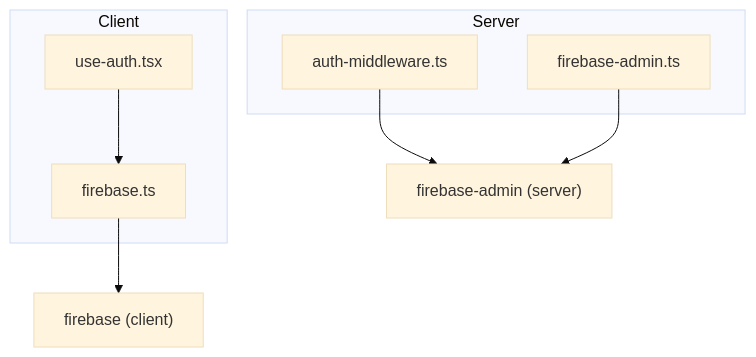
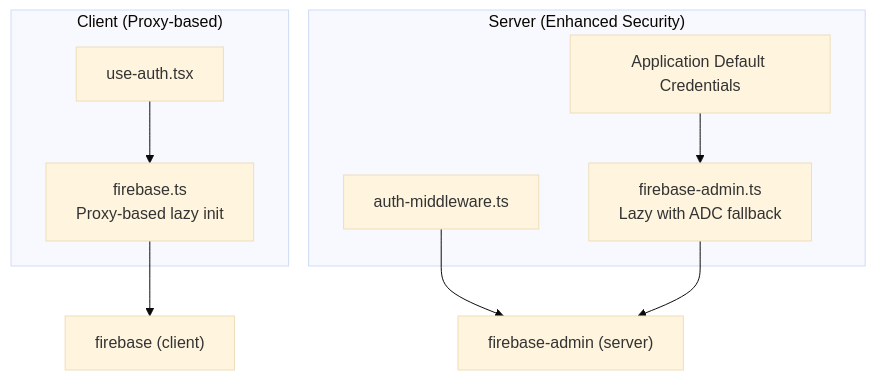
One commit to alikizang/datafrica changed the ninth of 10 diagrams in .qoder/repowiki/en/content/Authentication System/Firebase Integration.md. Above: the diagram before and after it, drawn with Mermaid (base theme). The commit also changed other lines of this file and 23 other files, not shown here.

````diff
--- a/.qoder/repowiki/en/content/Authentication System/Firebase Integration.md
+++ b/.qoder/repowiki/en/content/Authentication System/Firebase Integration.md
@@ -261,17 +371,19 @@
 ```mermaid
 graph TB
-subgraph "Client"
-FC["firebase.ts"]
+subgraph "Client (Proxy-based)"
+FC["firebase.ts<br/>Proxy-based lazy init"]
 UA["use-auth.tsx"]
 end
-subgraph "Server"
+subgraph "Server (Enhanced Security)"
 AMW["auth-middleware.ts"]
-FAD["firebase-admin.ts"]
+FAD["firebase-admin.ts<br/>Lazy with ADC fallback"]
+ADC["Application Default Credentials"]
 end
 FB["firebase (client)"]
 FBA["firebase-admin (server)"]
 FC --> FB
 UA --> FC
 AMW --> FBA
 FAD --> FBA
+ADC --> FAD
 ```
````
